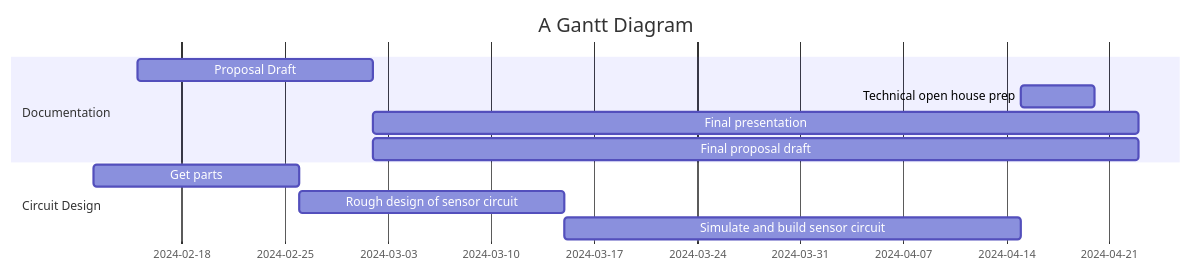
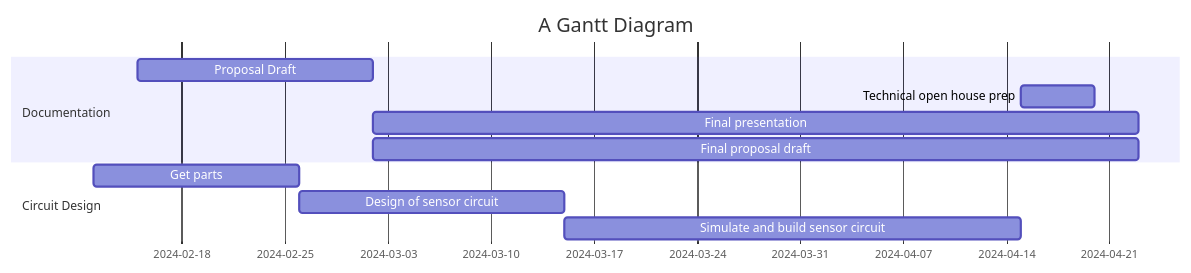
Before and after one commit to seankooo/Automatic-Parking-System: the diagram in README.md, drawn with Mermaid.

````diff
--- a/README.md
+++ b/README.md
@@ -3,14 +3,14 @@
 ```mermaid
 gantt
     title A Gantt Diagram
     dateFormat  YYYY-MM-DD
     section Documentation
     Proposal Draft       :a1, 2024-02-15, 2024-03-02
     Technical open house prep     :a2, 2024-04-15  , 5d
     Final presentation           : after a1, 2024-04-23
     Final proposal draft        :after a1, 2024-04-23
     section Circuit Design
     Get parts     :a4, 2024-2-12  , 14d
-    Rough design of sensor circuit      : a5, after a4, 2024-03-15
+    Design of sensor circuit      : a5, after a4, 2024-03-15
     Simulate and build sensor circuit    :a6,after a5, 2024-04-15
 ```
````
